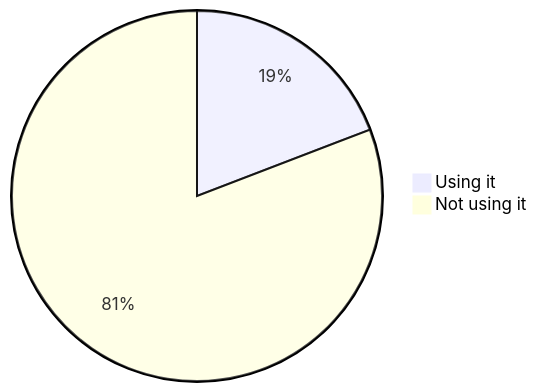
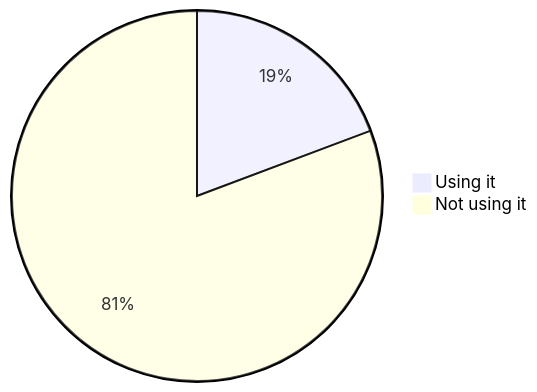
One commit to oshp/oshp-stats changed diagram 21 of 22 in stats.md. Above: the diagram before and after it, drawn with Mermaid. The commit also changed other lines of this file, not shown here.

````diff
--- a/stats.md
+++ b/stats.md
@@ -252,6 +252,6 @@
 ```mermaid
 pie
-	"Using it" : 19.17
-	"Not using it" : 80.83
+	"Using it" : 19.28
+	"Not using it" : 80.72
 
 ```
````
